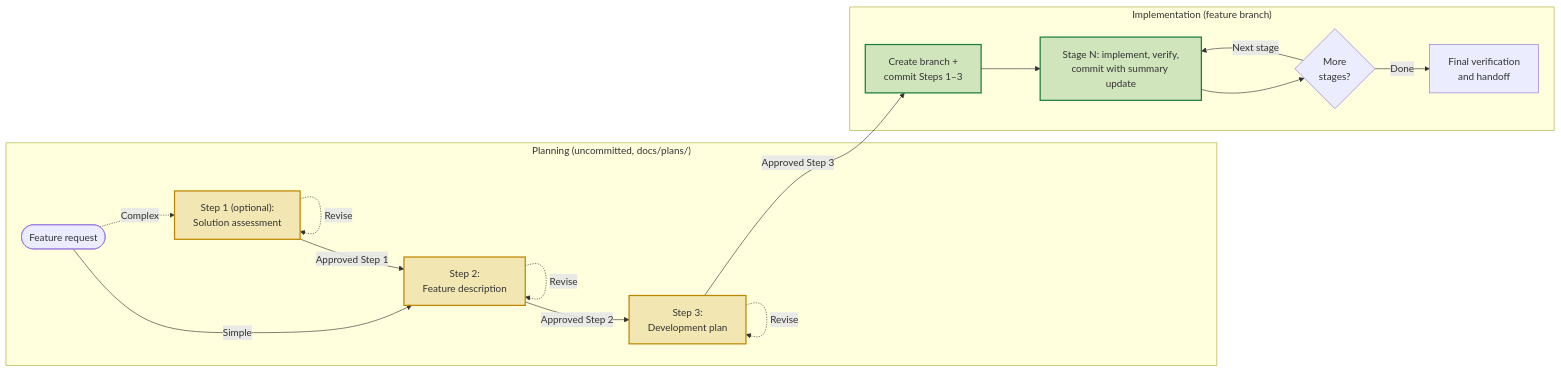
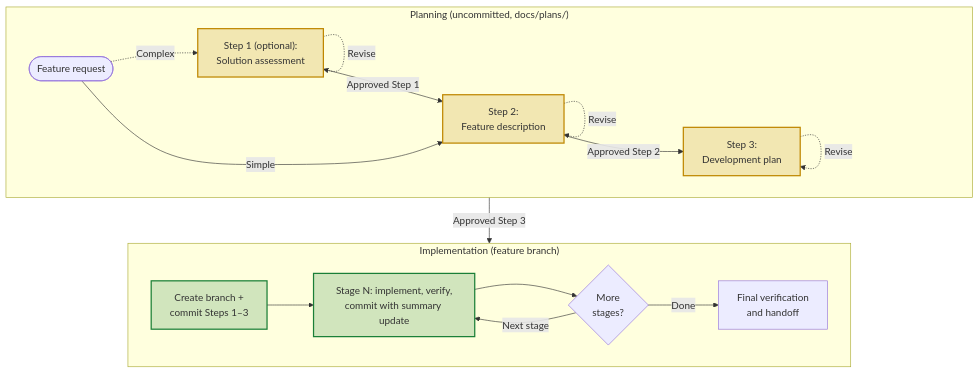
Before and after one commit to gulkily/fdp: the first of 2 diagrams in README.md, drawn with Mermaid. The commit also changed other lines of this file and 1 other file, not shown here.

Commit message:
docs(stage 3): lay out workflow diagrams in two rows

````diff
--- a/README.md
+++ b/README.md
@@ -115,33 +115,34 @@
 ```mermaid
-flowchart LR
+flowchart TB
     subgraph PLAN ["Planning (uncommitted, docs/plans/)"]
+        direction LR
         A([Feature request])
         S1["Step 1 (optional):<br/>Solution assessment"]
         S2["Step 2:<br/>Feature description"]
         S3["Step 3:<br/>Development plan"]
     end
     subgraph IMPL ["Implementation (feature branch)"]
+        direction LR
         BR["Create branch +<br/>commit Steps 1–3"]
         S4["Stage N: implement, verify,<br/>commit with summary update"]
         M{"More<br/>stages?"}
         F["Final verification<br/>and handoff"]
     end
     A -.->|Complex| S1
     A -->|Simple| S2
     S1 -->|Approved Step 1| S2
     S1 -.->|Revise| S1
     S2 -->|Approved Step 2| S3
     S2 -.->|Revise| S2
-    S3 -->|Approved Step 3| BR
+    PLAN -->|Approved Step 3| IMPL
     S3 -.->|Revise| S3
     BR --> S4
     S4 --> M
     M -->|Next stage| S4
     M -->|Done| F
-
     classDef gate fill:#bf870033,stroke:#bf8700,stroke-width:2px
     classDef commit fill:#1a7f3733,stroke:#1a7f37,stroke-width:2px
     classDef stop fill:#cf222e33,stroke:#cf222e,stroke-width:2px
     class S1,S2,S3 gate
     class BR,S4 commit
 ```
````
